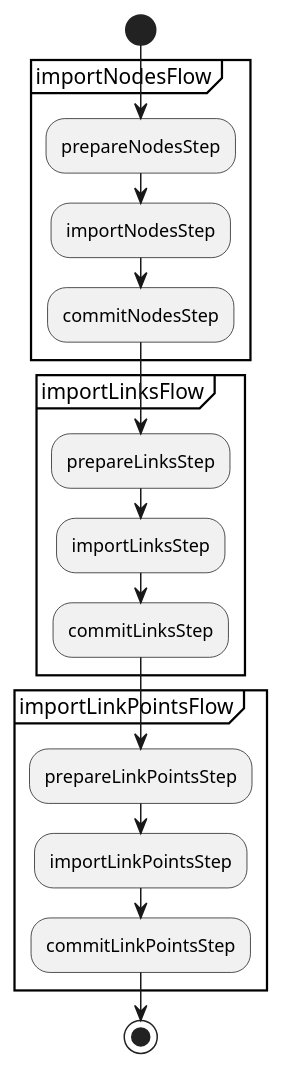
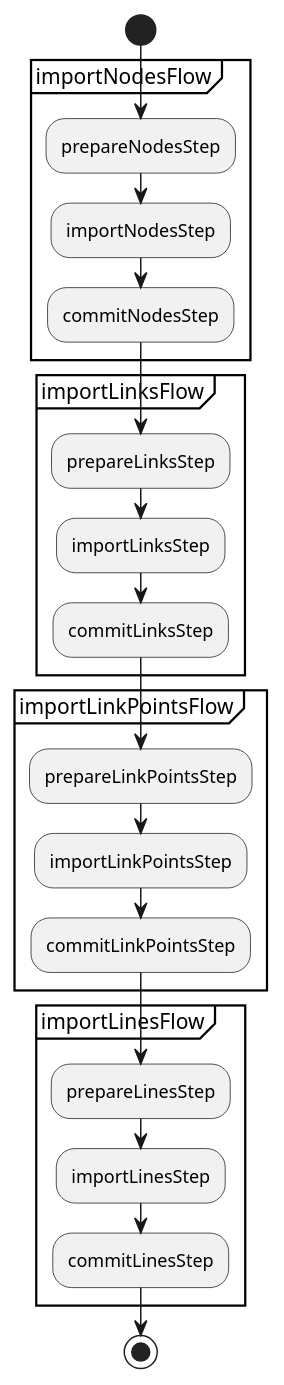
Before and after one commit to HSLdevcom/jore4-jore3-importer: the diagram in images/import_jore_job.puml, drawn with PlantUML. The commit also changed 50 other files, not shown here.

Commit message:
Import lines

```diff
--- a/images/import_jore_job.puml
+++ b/images/import_jore_job.puml
@@ -1,26 +1,32 @@
 @startuml
 'https://plantuml.com/activity-diagram-beta
 
 start
 
 partition importNodesFlow {
     :prepareNodesStep;
     :importNodesStep;
     :commitNodesStep;
 }
 
 partition importLinksFlow {
     :prepareLinksStep;
     :importLinksStep;
     :commitLinksStep;
 }
 
 partition importLinkPointsFlow {
     :prepareLinkPointsStep;
     :importLinkPointsStep;
     :commitLinkPointsStep;
 }
 
+partition importLinesFlow {
+    :prepareLinesStep;
+    :importLinesStep;
+    :commitLinesStep;
+}
+
 stop
 
 @enduml
```
